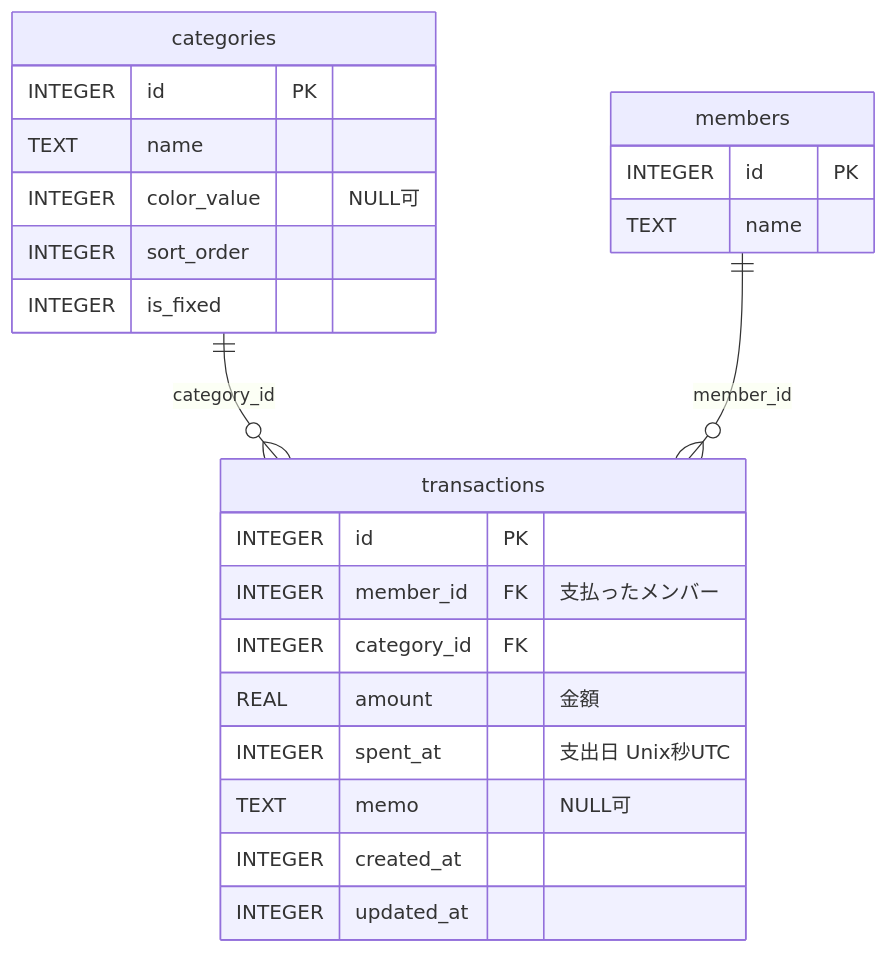
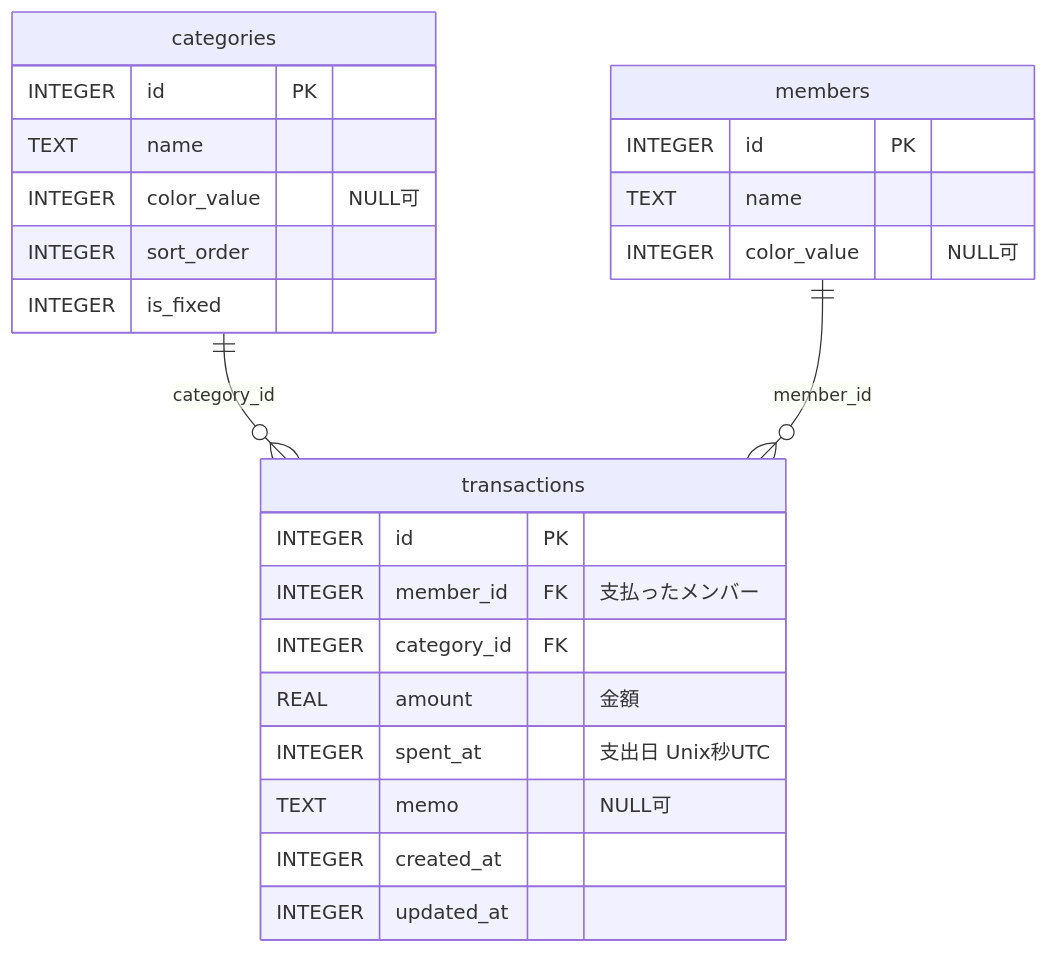
The diagram in docs/db-schema.md (t1a2i3t4i5/LedgerCore), drawn with Mermaid before and after one commit. The commit also changed other lines of this file and 29 other files, not shown here.

````diff
--- a/docs/db-schema.md
+++ b/docs/db-schema.md
@@ -18,29 +18,30 @@
 ```mermaid
 erDiagram
     categories ||--o{ transactions : "category_id"
     members    ||--o{ transactions : "member_id"
 
     categories {
         INTEGER id PK
         TEXT name
         INTEGER color_value "NULL可"
         INTEGER sort_order
         INTEGER is_fixed
     }
 
     members {
         INTEGER id PK
         TEXT name
+        INTEGER color_value "NULL可"
     }
 
     transactions {
         INTEGER id PK
         INTEGER member_id FK "支払ったメンバー"
         INTEGER category_id FK
         REAL amount "金額"
         INTEGER spent_at "支出日 Unix秒UTC"
         TEXT memo "NULL可"
         INTEGER created_at
         INTEGER updated_at
     }
 ```
````
